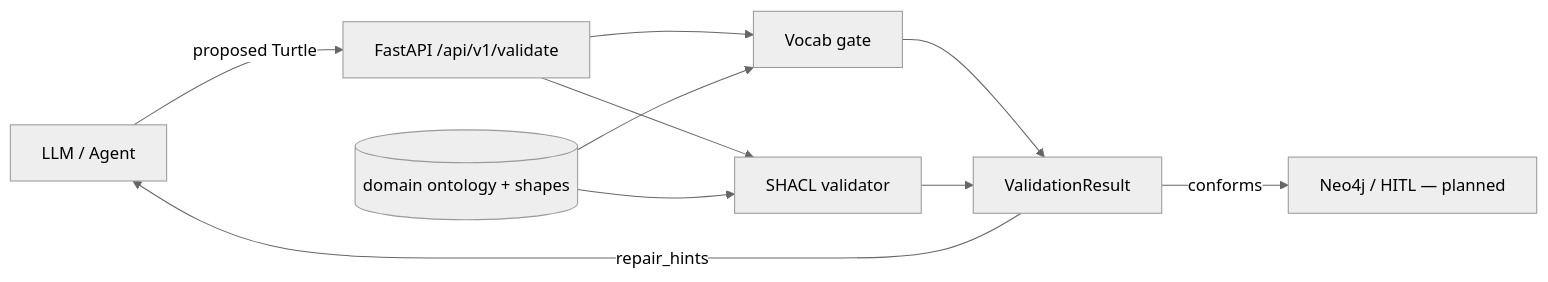
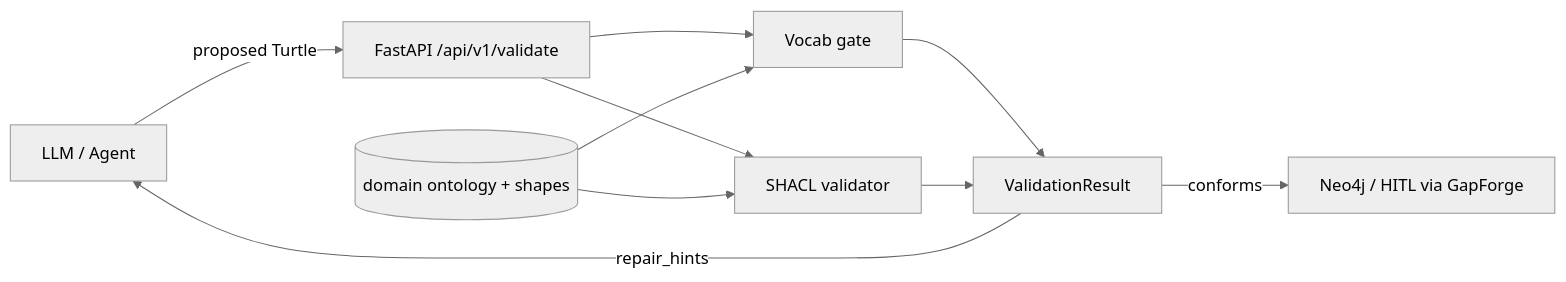
One commit to LordKay-sudo/ontoharness changed the diagram in README.md. Above: the diagram before and after it, drawn with Mermaid (neutral theme). The commit also changed other lines of this file and 1 other file, not shown here.

````diff
--- a/README.md
+++ b/README.md
@@ -90,12 +90,12 @@
 ```mermaid
 flowchart LR
   Agent[LLM / Agent] -->|proposed Turtle| API[FastAPI /api/v1/validate]
   API --> VG[Vocab gate]
   API --> SH[SHACL validator]
   OWL[(domain ontology + shapes)] --> VG
   OWL --> SH
   VG --> Result[ValidationResult]
   SH --> Result
   Result -->|repair_hints| Agent
-  Result -->|conforms| Commit[Neo4j / HITL — planned]
+  Result -->|conforms| Commit[Neo4j / HITL via GapForge]
 ```
````
